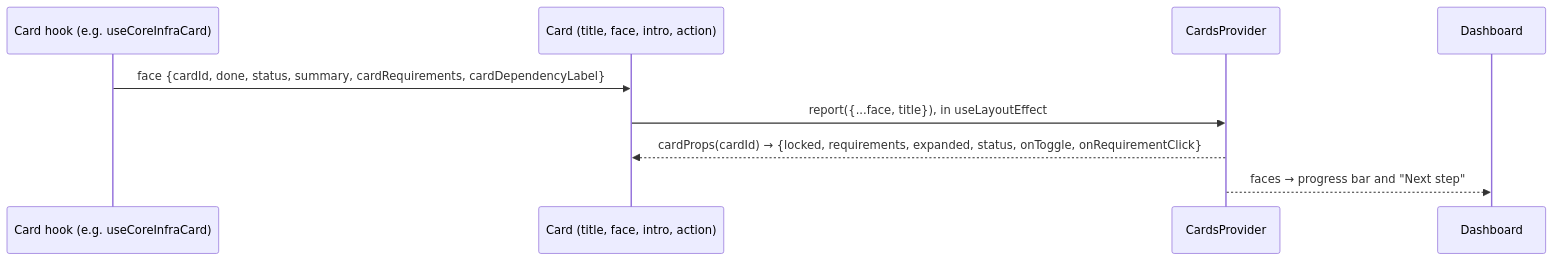
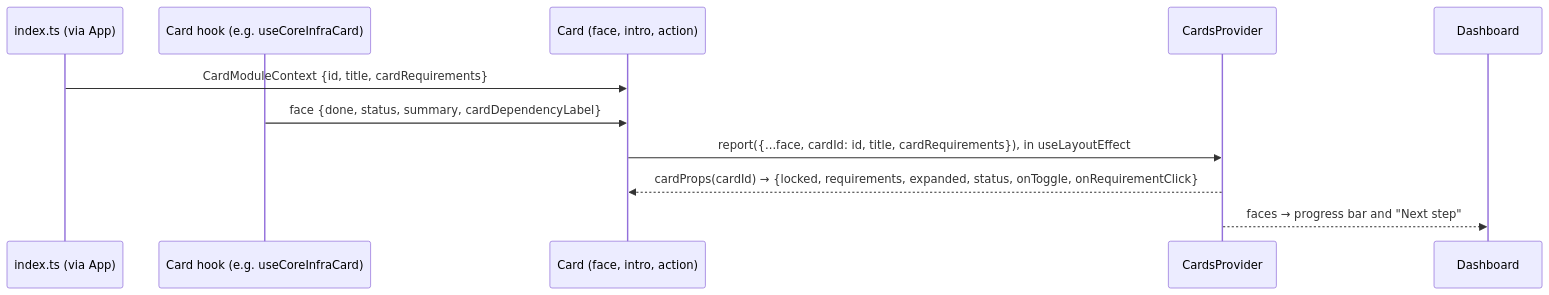
One commit to ZenMe-AU/ZenbloxCore changed the third of 3 diagrams in zeninstallerPvt/ui/CARD_ARCHITECTURE.md. Above: the diagram before and after it, drawn with Mermaid. The commit also changed other lines of this file and 63 other files, not shown here.

Commit message:
feat: define card metadata in index.ts and add CARD_ORDER

````diff
--- a/zeninstallerPvt/ui/CARD_ARCHITECTURE.md
+++ b/zeninstallerPvt/ui/CARD_ARCHITECTURE.md
@@ -89,12 +89,14 @@
 ```mermaid
 sequenceDiagram
+  participant M as index.ts (via App)
   participant H as Card hook (e.g. useCoreInfraCard)
-  participant C as Card (title, face, intro, action)
+  participant C as Card (face, intro, action)
   participant P as CardsProvider
   participant D as Dashboard
 
-  H->>C: face {cardId, done, status, summary, cardRequirements, cardDependencyLabel}
-  C->>P: report({...face, title}), in useLayoutEffect
+  M->>C: CardModuleContext {id, title, cardRequirements}
+  H->>C: face {done, status, summary, cardDependencyLabel}
+  C->>P: report({...face, cardId: id, title, cardRequirements}), in useLayoutEffect
   P-->>C: cardProps(cardId) → {locked, requirements, expanded, status, onToggle, onRequirementClick}
   P-->>D: faces → progress bar and "Next step"
 ```
````
